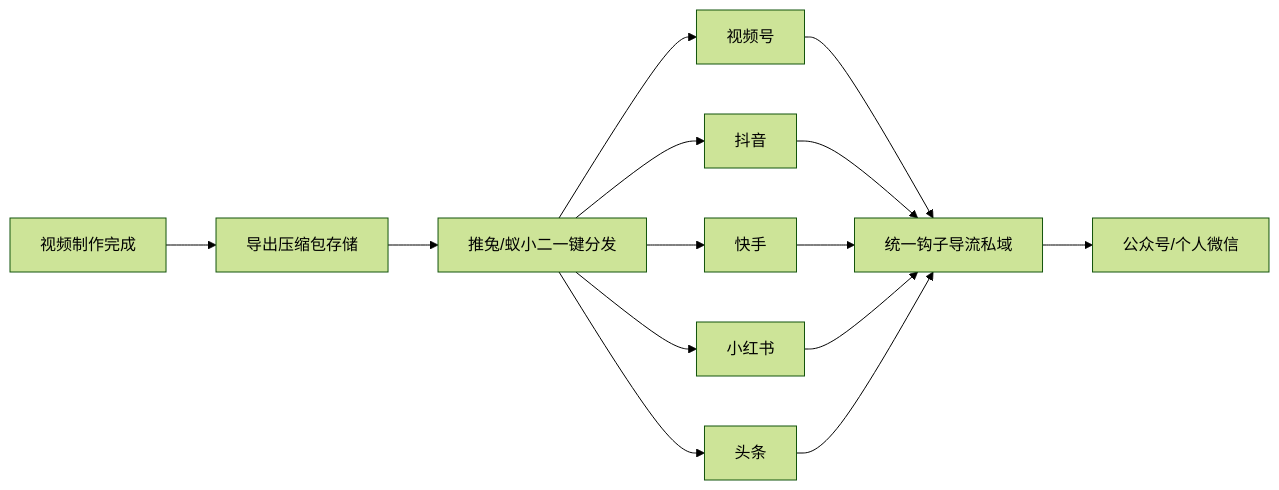
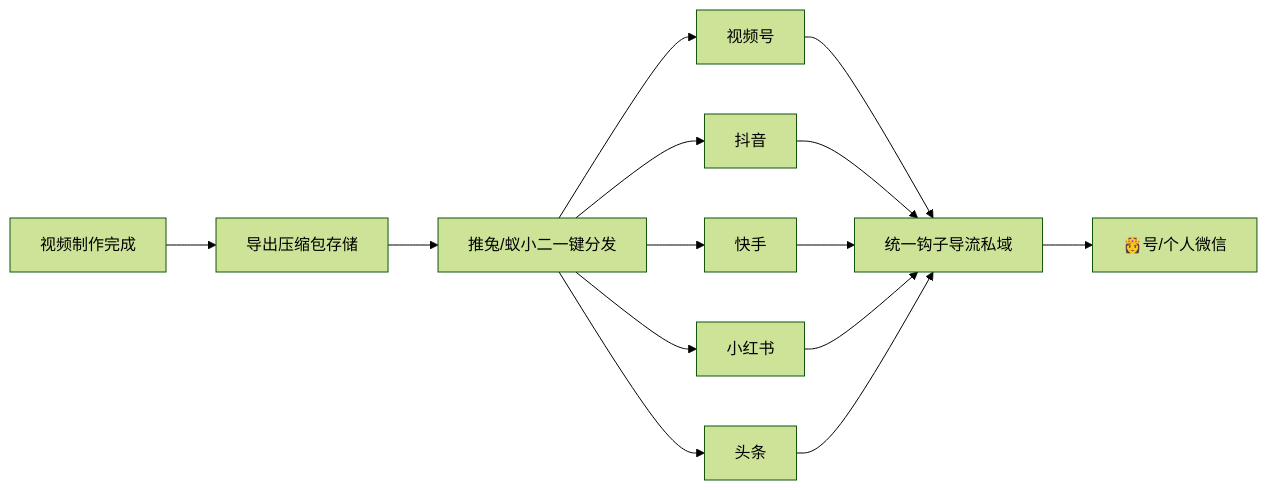
The fourth of 4 diagrams in docs/202305_paper2textbook/asset/body_1a495e0a407ab3d5762d8bb6f279c65f_a37e38e372d17c2a9f80c3d9d0e69afe_453259f09a90eab745381fe1ddeb2f8c_d67d8ab4f4c10bf22aa353e27879133c.md (OpenDocCN1/flygon-zhuanqian-zhoubao), drawn with Mermaid (forest theme) before and after one commit. The commit also changed other lines of this file and 6688 other files, not shown here.

````diff
--- a/docs/202305_paper2textbook/asset/body_1a495e0a407ab3d5762d8bb6f279c65f_a37e38e372d17c2a9f80c3d9d0e69afe_453259f09a90eab745381fe1ddeb2f8c_d67d8ab4f4c10bf22aa353e27879133c.md
+++ b/docs/202305_paper2textbook/asset/body_1a495e0a407ab3d5762d8bb6f279c65f_a37e38e372d17c2a9f80c3d9d0e69afe_453259f09a90eab745381fe1ddeb2f8c_d67d8ab4f4c10bf22aa353e27879133c.md
@@ -307,16 +307,16 @@
 ```mermaid
 flowchart LR
     A[视频制作完成] --> B[导出压缩包存储]
     B --> C[推兔/蚁小二一键分发]
     C --> D1[视频号]
     C --> D2[抖音]
     C --> D3[快手]
     C --> D4[小红书]
     C --> D5[头条]
     D1 --> E[统一钩子导流私域]
     D2 --> E
     D3 --> E
     D4 --> E
     D5 --> E
-    E --> F[公众号/个人微信]
+    E --> F[👸号/个人微信]
 ```
````
